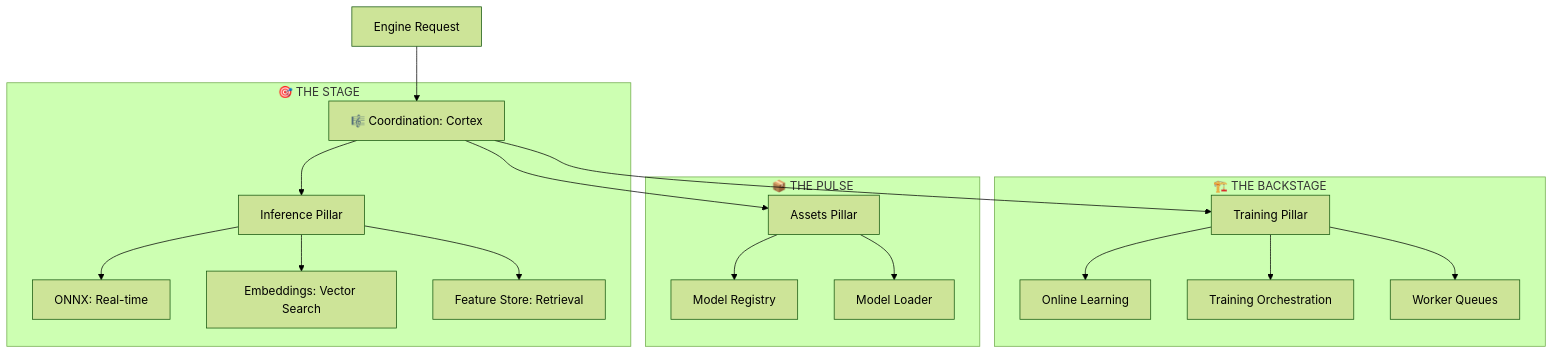
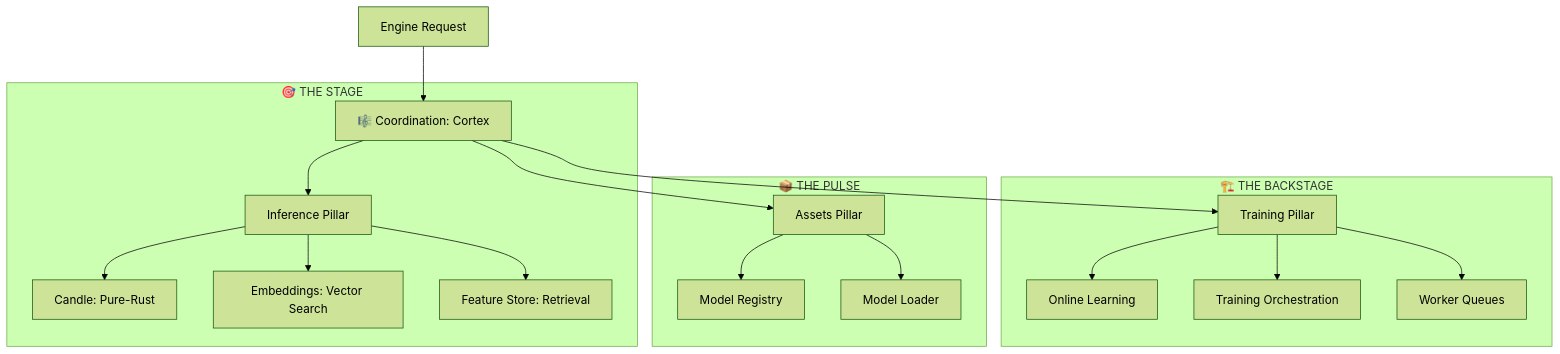
The diagram in src/ml/README.md (adiozdaniel/bongas-ai), drawn with Mermaid (forest theme) before and after one commit. The commit also changed other lines of this file and 5 other files, not shown here.

````diff
--- a/src/ml/README.md
+++ b/src/ml/README.md
@@ -11,24 +11,24 @@
 ```mermaid
 graph TD
     Engine[Engine Request] --> Conductor[🎼 Coordination: Cortex]
     
     subgraph Execution [🎯 THE STAGE]
         Conductor --> Inference[Inference Pillar]
-        Inference --> ONNX[ONNX: Real-time]
+        Inference --> Candle[Candle: Pure-Rust]
         Inference --> Vector[Embeddings: Vector Search]
         Inference --> Features[Feature Store: Retrieval]
     end
     
     subgraph Management [🏗️ THE BACKSTAGE]
         Conductor --> Training[Training Pillar]
         Training --> Learning[Online Learning]
         Training --> Orchestrate[Training Orchestration]
         Training --> Compute[Worker Queues]
     end
     
     subgraph Operations [📦 THE PULSE]
         Conductor --> Assets[Assets Pillar]
         Assets --> Registry[Model Registry]
         Assets --> Loader[Model Loader]
     end
 ```
````
